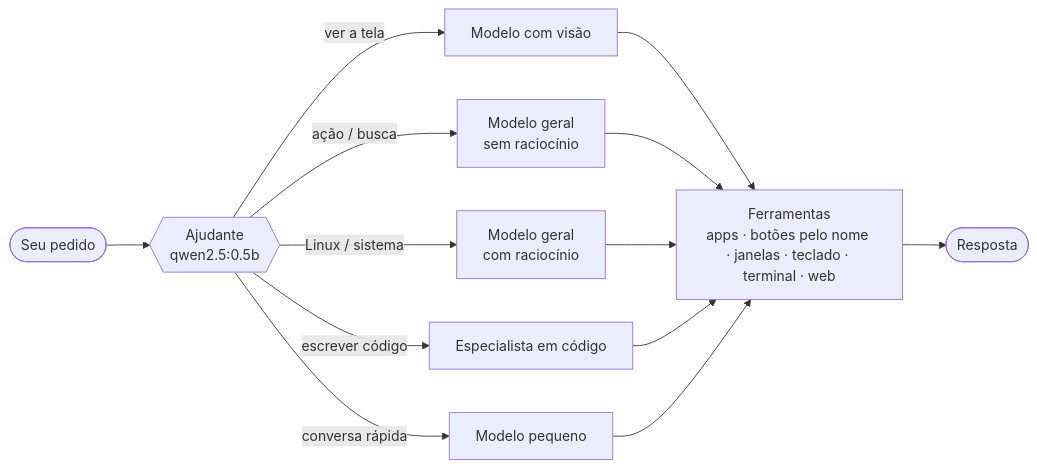
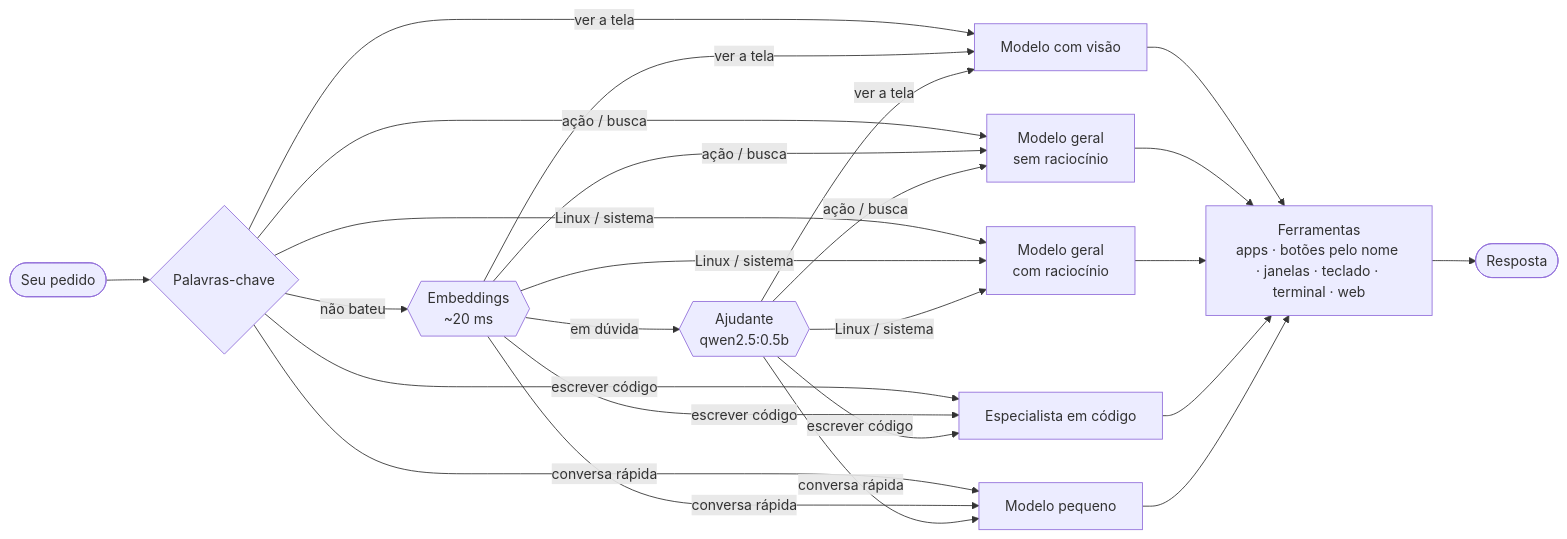
Before and after one commit to enzorcasao-ctrl/Tars-lightweight-local-addon: the diagram in README.md, drawn with Mermaid. The commit also changed other lines of this file and 2 other files, not shown here.

````diff
--- a/README.md
+++ b/README.md
@@ -104,11 +105,13 @@
 ```mermaid
 flowchart LR
-    P([Seu pedido]) --> A{{Ajudante<br/>qwen2.5:0.5b}}
-    A -- "ver a tela" --> V[Modelo com visão]
-    A -- "ação / busca" --> G[Modelo geral<br/>sem raciocínio]
-    A -- "Linux / sistema" --> T[Modelo geral<br/>com raciocínio]
-    A -- "escrever código" --> C[Especialista em código]
-    A -- "conversa rápida" --> R[Modelo pequeno]
+    P([Seu pedido]) --> K{Palavras-chave}
+    K -- "não bateu" --> E{{Embeddings<br/>~20 ms}}
+    E -- "em dúvida" --> A{{Ajudante<br/>qwen2.5:0.5b}}
+    K & E & A -- "ver a tela" --> V[Modelo com visão]
+    K & E & A -- "ação / busca" --> G[Modelo geral<br/>sem raciocínio]
+    K & E & A -- "Linux / sistema" --> T[Modelo geral<br/>com raciocínio]
+    K & E & A -- "escrever código" --> C[Especialista em código]
+    K & E & A -- "conversa rápida" --> R[Modelo pequeno]
     V & G & T & C & R --> F[Ferramentas<br/>apps · botões pelo nome · janelas · teclado · terminal · web]
     F --> S([Resposta])
 ```
````
